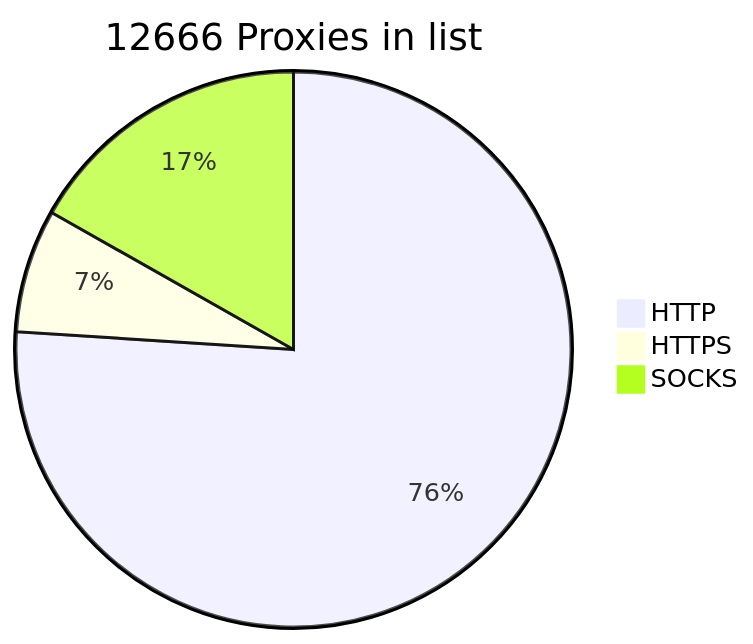
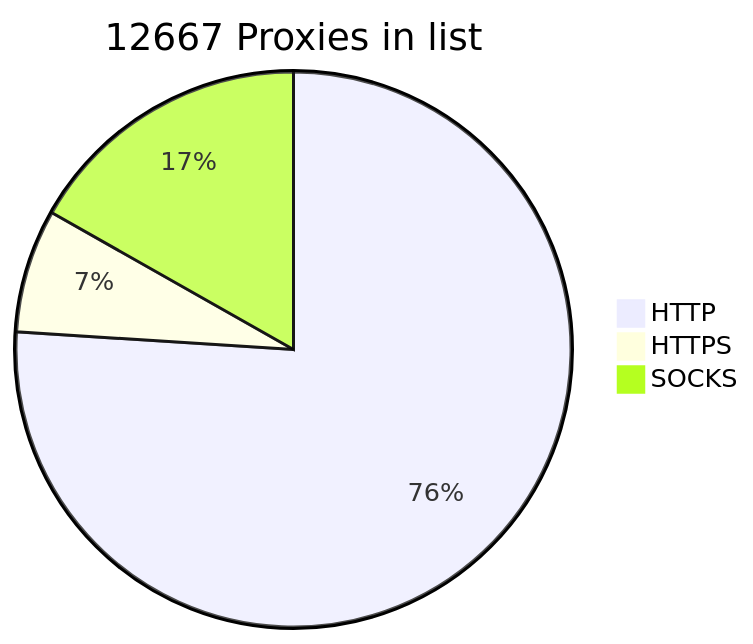
One commit to BlackSnowDot/proxylist-update-every-minute changed the diagram in README.md. Above: the diagram before and after it, drawn with Mermaid.

````diff
--- a/README.md
+++ b/README.md
@@ -2,6 +2,6 @@
 ```mermaid
-pie title 12666 Proxies in list
+pie title 12667 Proxies in list
     "HTTP" : 9777
     "HTTPS": 924
-    "SOCKS" : 2160
+    "SOCKS" : 2161
 ```
````
